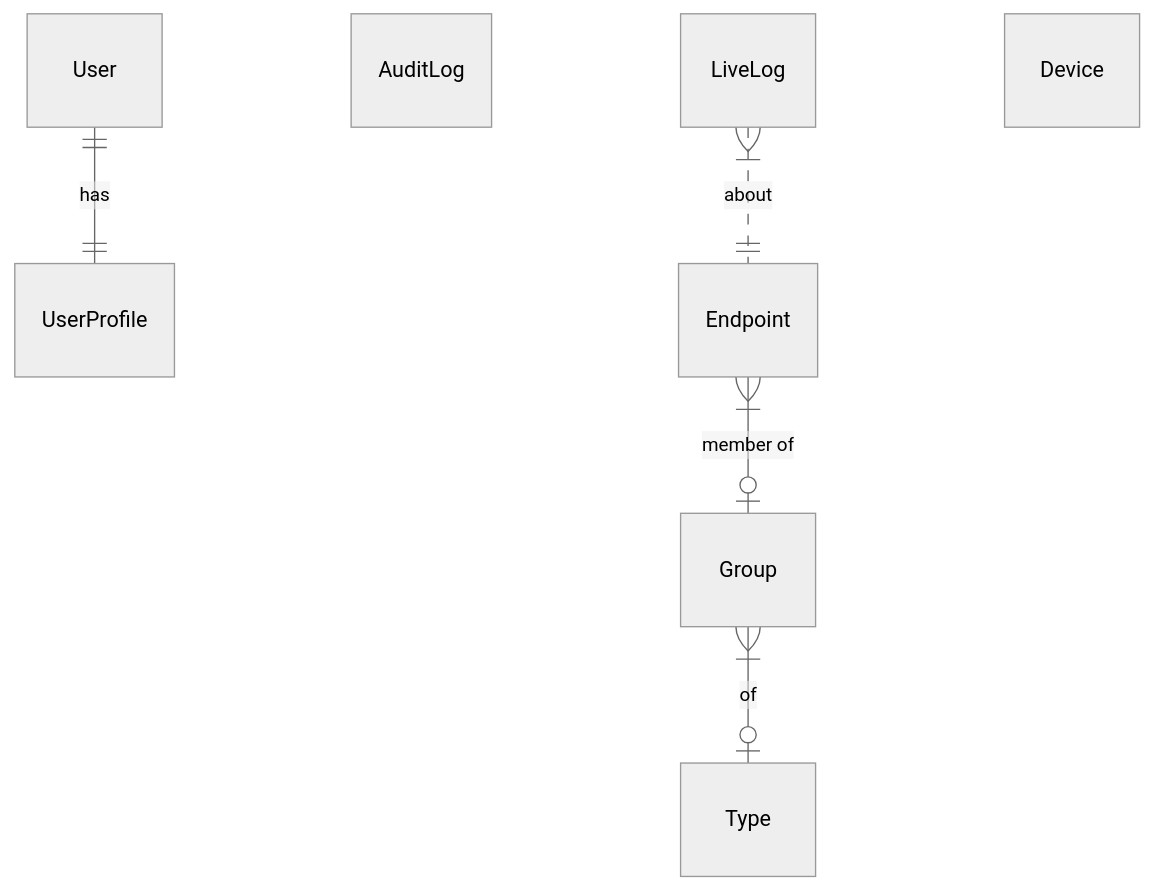
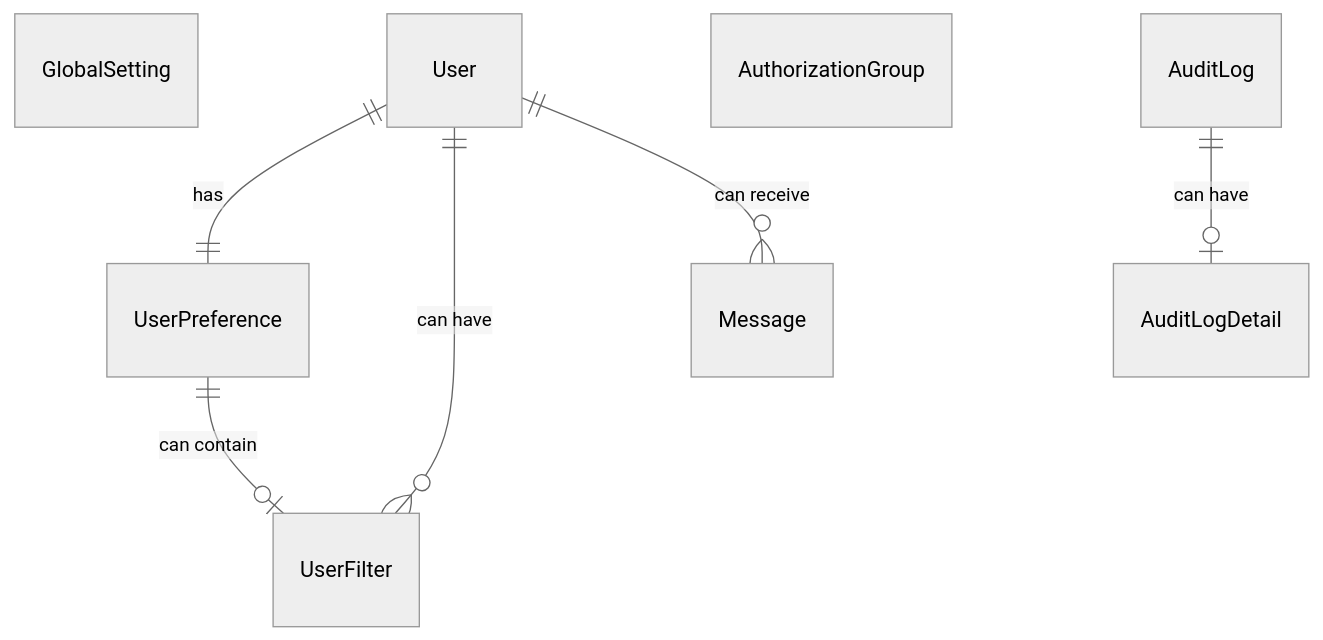
One commit to IshiKakesuFun/XtendIS3 changed the first of 6 diagrams in docs/db.md. Above: the diagram before and after it, drawn with Mermaid (neutral theme). The commit also changed other lines of this file, not shown here.

````diff
--- a/docs/db.md
+++ b/docs/db.md
@@ -1,9 +1,10 @@
 ```mermaid
 erDiagram
-    User ||--|| UserProfile: has
-    Group }|--o| Type: of
-    Endpoint }|--o| Group: "member of"
-    AuditLog
-    LiveLog }|..|| Endpoint: "about" 
-    Device
+    GlobalSetting
+    User ||--|| UserPreference: has
+    User ||--o{ UserFilter: "can have"
+    User ||--o{ Message: "can receive"
+    UserPreference ||--o| UserFilter: "can contain"
+    AuthorizationGroup
+    AuditLog ||--o| AuditLogDetail: "can have"
 ```
````
